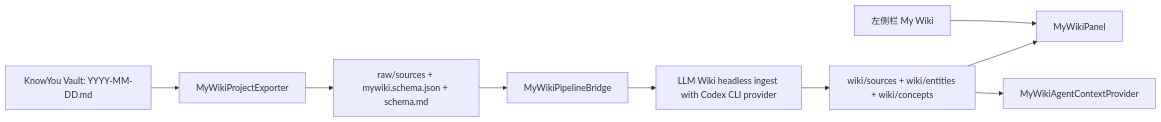
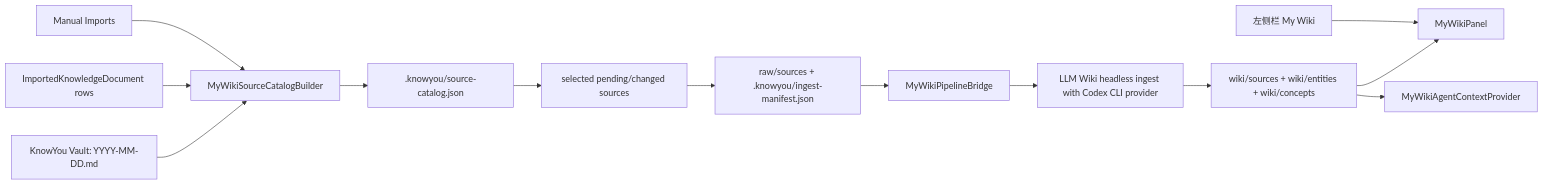
Before and after one commit to gift-is-coding/know-you-open-source: the third of 3 diagrams in docs/architecture.md, drawn with Mermaid. The commit also changed other lines of this file and 1 other file, not shown here.

Commit message:
Document My Wiki source catalog

````diff
--- a/docs/architecture.md
+++ b/docs/architecture.md
@@ -698,11 +700,15 @@
 ```mermaid
 flowchart LR
-    A["KnowYou Vault: YYYY-MM-DD.md"] --> B["MyWikiProjectExporter"]
-    B --> C["raw/sources + mywiki.schema.json + schema.md"]
-    C --> D["MyWikiPipelineBridge"]
-    D --> E["LLM Wiki headless ingest with Codex CLI provider"]
-    E --> F["wiki/sources + wiki/entities + wiki/concepts"]
+    A["KnowYou Vault: YYYY-MM-DD.md"] --> B["MyWikiSourceCatalogBuilder"]
+    AA["ImportedKnowledgeDocument rows"] --> B
+    AB["Manual Imports"] --> B
+    B --> C[".knowyou/source-catalog.json"]
+    C --> D["selected pending/changed sources"]
+    D --> E["raw/sources + .knowyou/ingest-manifest.json"]
+    E --> J["MyWikiPipelineBridge"]
+    J --> K["LLM Wiki headless ingest with Codex CLI provider"]
+    K --> F["wiki/sources + wiki/entities + wiki/concepts"]
     F --> G["MyWikiPanel"]
     F --> H["MyWikiAgentContextProvider"]
     I["左侧栏 My Wiki"] --> G
 ```
````
